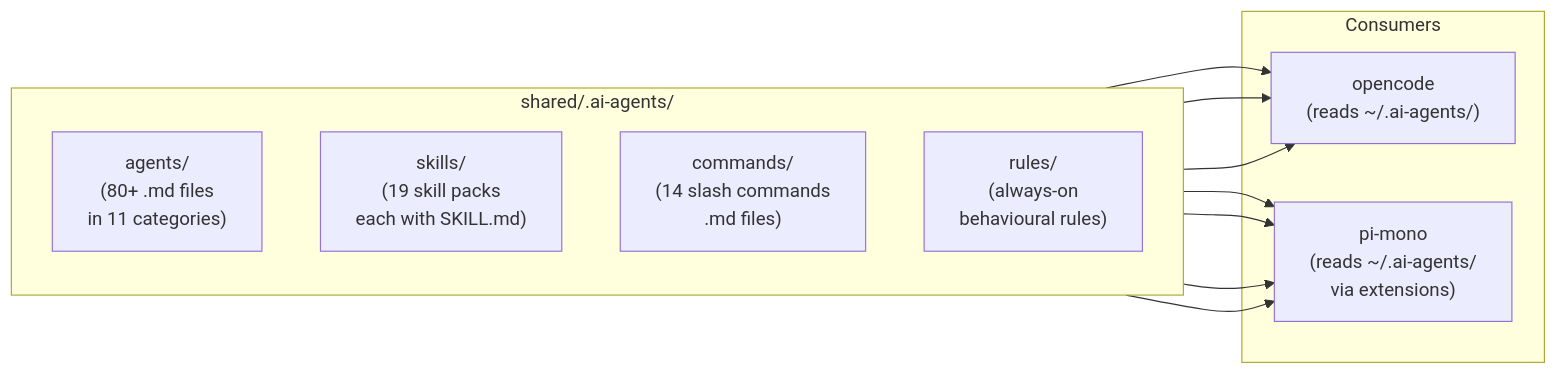
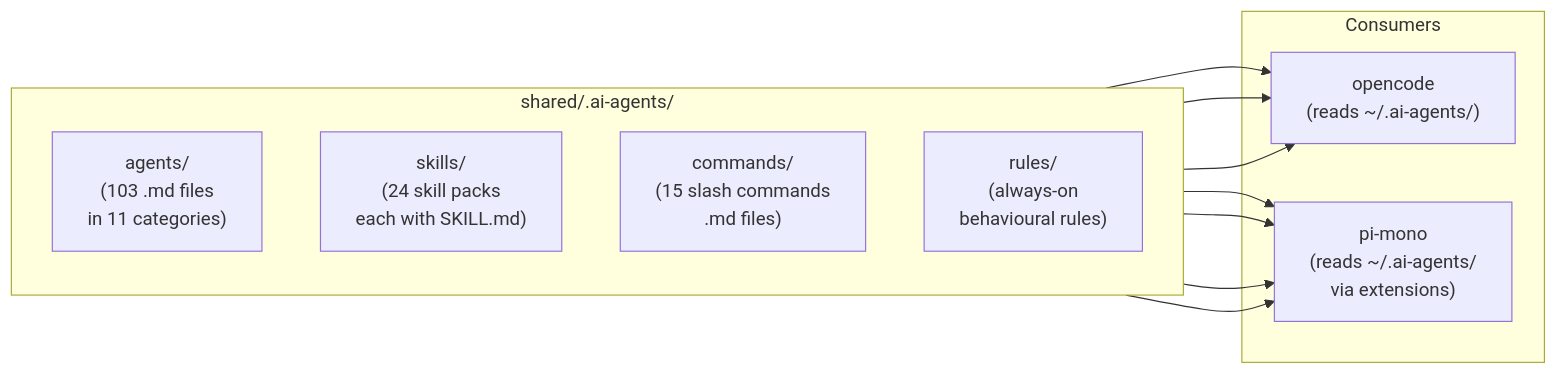
One commit to tektite-io/ai-coding-agents changed the second of 5 diagrams in docs/ARCHITECTURE.md. Above: the diagram before and after it, drawn with Mermaid. The commit also changed other lines of this file and 27 other files, not shown here.

First line of the commit message:
feat(opencode): migrate configuration to native v2 architecture

````diff
--- a/docs/ARCHITECTURE.md
+++ b/docs/ARCHITECTURE.md
@@ -78,23 +79,23 @@
 ```mermaid
 flowchart LR
     subgraph shared["shared/.ai-agents/"]
         direction TB
-        agents["agents/\n(80+ .md files\nin 11 categories)"]
-        skills["skills/\n(19 skill packs\neach with SKILL.md)"]
-        commands["commands/\n(14 slash commands\n.md files)"]
+        agents["agents/\n(103 .md files\nin 11 categories)"]
+        skills["skills/\n(24 skill packs\neach with SKILL.md)"]
+        commands["commands/\n(15 slash commands\n.md files)"]
         rules["rules/\n(always-on\nbehavioural rules)"]
     end
 
     subgraph consumers["Consumers"]
         oc["opencode\n(reads ~/.ai-agents/)"]
         pi["pi-mono\n(reads ~/.ai-agents/\nvia extensions)"]
     end
 
     agents --> oc
     agents --> pi
     skills --> oc
     skills --> pi
     commands --> oc
     commands --> pi
     rules --> pi
 ```
````
